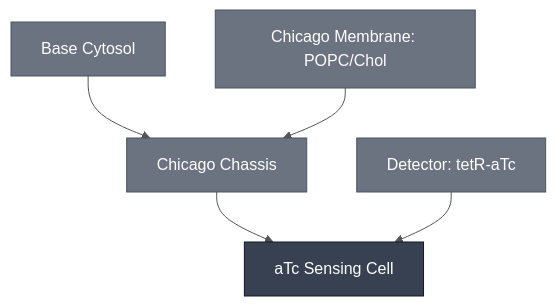
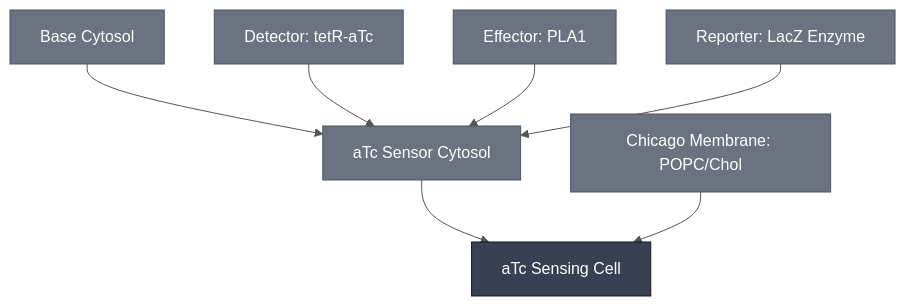
Before and after one commit to nucleus-eng/nucleus-docs: the diagram in docs/modules/atc-sensing-cell/spec.md, drawn with Mermaid. The commit also changed other lines of this file and 10 other files, not shown here.

````diff
--- a/docs/modules/atc-sensing-cell/spec.md
+++ b/docs/modules/atc-sensing-cell/spec.md
@@ -33,25 +33,31 @@
 ```mermaid
 %%{init: {'theme': 'base', 'themeVariables': {'lineColor': '#555555', 'edgeLabelBackground': '#ffffff'}}}%%
 flowchart TD
     ATC_SENSING_CELL["aTc Sensing Cell"]
+    ATC_SENSOR_CYTOSOL["aTc Sensor Cytosol"]
     BASE_CYTOSOL["Base Cytosol"]
-    CHICAGO_CHASSIS["Chicago Chassis"]
     DETECTOR_TETR_ATC["Detector: tetR-aTc"]
+    EFFECTOR_PLA1["Effector: PLA1"]
     MEMBRANE_POPC_CHOL_CHICAGO["Chicago Membrane: POPC/Chol"]
+    REPORTER_LACZ_ENZYME["Reporter: LacZ Enzyme"]
 
-    CHICAGO_CHASSIS --> ATC_SENSING_CELL
-    DETECTOR_TETR_ATC --> ATC_SENSING_CELL
-    BASE_CYTOSOL --> CHICAGO_CHASSIS
-    MEMBRANE_POPC_CHOL_CHICAGO --> CHICAGO_CHASSIS
+    ATC_SENSOR_CYTOSOL --> ATC_SENSING_CELL
+    MEMBRANE_POPC_CHOL_CHICAGO --> ATC_SENSING_CELL
+    BASE_CYTOSOL --> ATC_SENSOR_CYTOSOL
+    DETECTOR_TETR_ATC --> ATC_SENSOR_CYTOSOL
+    EFFECTOR_PLA1 --> ATC_SENSOR_CYTOSOL
+    REPORTER_LACZ_ENZYME --> ATC_SENSOR_CYTOSOL
 
     classDef constituent fill:#6B7280,color:#ffffff,stroke:#4B5563;
     classDef this fill:#374151,color:#ffffff,stroke:#111827;
-    class BASE_CYTOSOL,CHICAGO_CHASSIS,DETECTOR_TETR_ATC,MEMBRANE_POPC_CHOL_CHICAGO constituent;
+    class ATC_SENSOR_CYTOSOL,BASE_CYTOSOL,DETECTOR_TETR_ATC,EFFECTOR_PLA1,MEMBRANE_POPC_CHOL_CHICAGO,REPORTER_LACZ_ENZYME constituent;
     class ATC_SENSING_CELL this;
 
     click ATC_SENSING_CELL "/docs/modules/atc-sensing-cell/spec"
+    click ATC_SENSOR_CYTOSOL "/docs/modules/atc-sensor-cytosol/spec"
     click BASE_CYTOSOL "/docs/modules/base-cytosol/spec"
-    click CHICAGO_CHASSIS "/docs/modules/chicago-chassis/spec"
     click DETECTOR_TETR_ATC "/docs/modules/detector-tetr-atc/spec"
+    click EFFECTOR_PLA1 "/docs/modules/effector-pla1/spec"
     click MEMBRANE_POPC_CHOL_CHICAGO "/docs/modules/membrane-popc-chol-chicago/spec"
+    click REPORTER_LACZ_ENZYME "/docs/modules/reporter-lacz-enzyme/spec"
 ```
````
